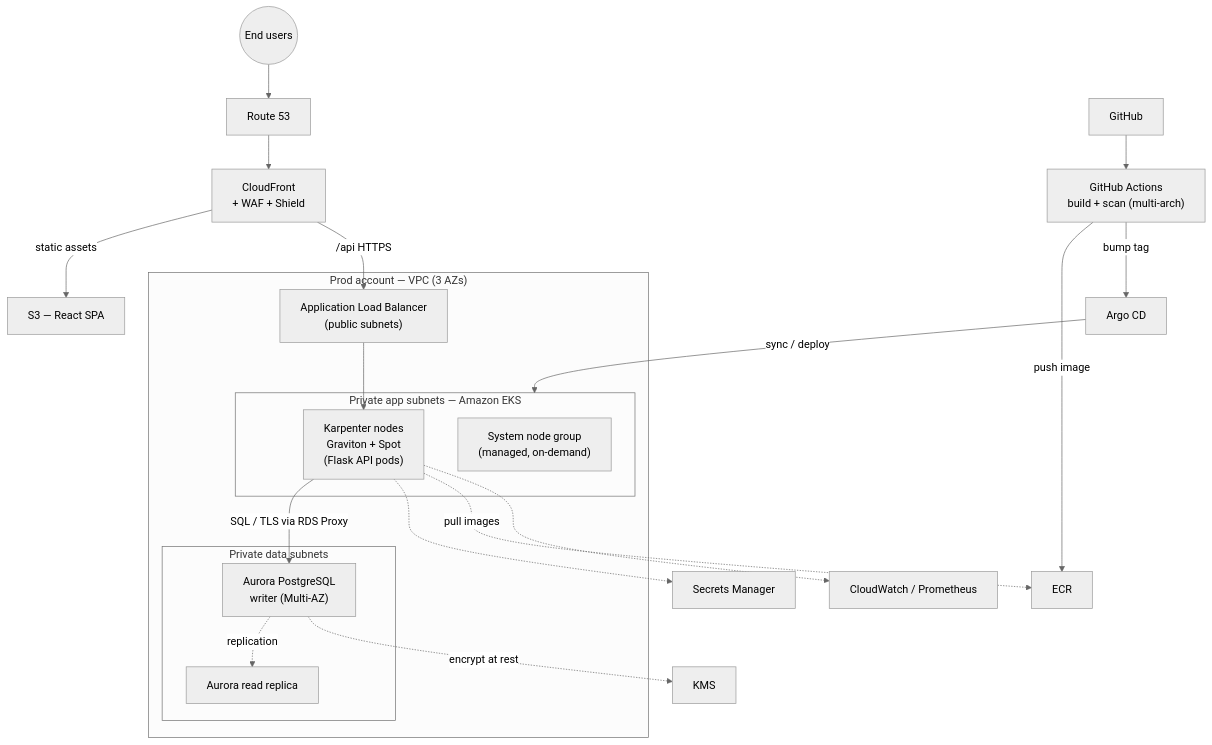
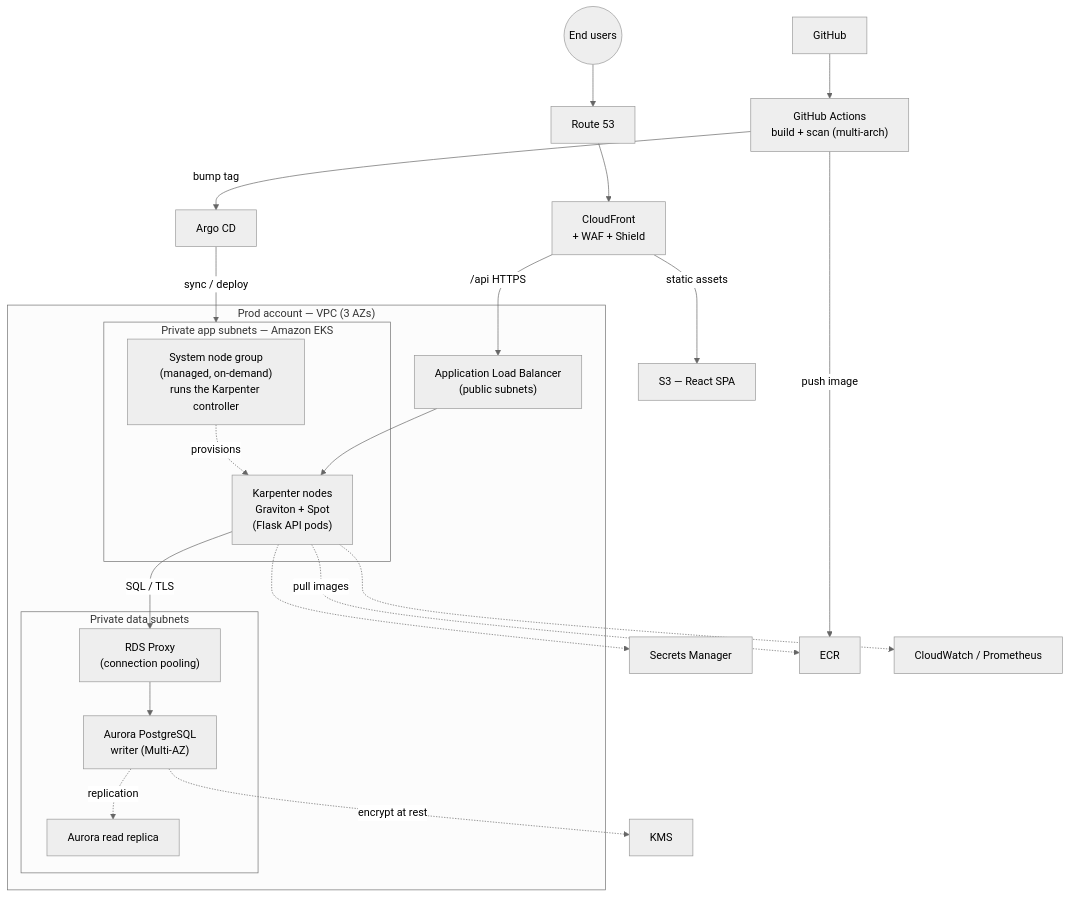
One commit to bmoldo/opsfleet-assignment changed the first of 2 diagrams in architecture/README.md. Above: the diagram before and after it, drawn with Mermaid (neutral theme). The commit also changed other lines of this file and 3 other files, not shown here.

First line of the commit message:
Architecture doc consistency fixes + diagram regeneration

````diff
--- a/architecture/README.md
+++ b/architecture/README.md
@@ -76,32 +78,35 @@
 ```mermaid
 flowchart TB
     users(("End users"))
     users --> r53["Route 53"]
     r53 --> cf["CloudFront<br/>+ WAF + Shield"]
     cf -->|static assets| s3["S3 — React SPA"]
     cf -->|/api HTTPS| alb["Application Load Balancer<br/>(public subnets)"]
 
     subgraph VPC["Prod account — VPC (3 AZs)"]
       subgraph app["Private app subnets — Amazon EKS"]
-        ng["System node group<br/>(managed, on-demand)"]
+        ng["System node group<br/>(managed, on-demand)<br/>runs the Karpenter controller"]
         kp["Karpenter nodes<br/>Graviton + Spot<br/>(Flask API pods)"]
+        ng -.->|provisions| kp
       end
       subgraph data["Private data subnets"]
+        proxy["RDS Proxy<br/>(connection pooling)"]
         aur["Aurora PostgreSQL<br/>writer (Multi-AZ)"]
         aurr["Aurora read replica"]
       end
       alb --> kp
-      kp -->|SQL / TLS via RDS Proxy| aur
+      kp -->|SQL / TLS| proxy
+      proxy --> aur
       aur -.->|replication| aurr
     end
 
     kp -.-> sm["Secrets Manager"]
     kp -.->|pull images| ecr["ECR"]
     kp -.-> cw["CloudWatch / Prometheus"]
     aur -.->|encrypt at rest| kms["KMS"]
 
     gh["GitHub"] --> ga["GitHub Actions<br/>build + scan (multi-arch)"]
     ga -->|push image| ecr
     ga -->|bump tag| argo["Argo CD"]
     argo -->|sync / deploy| app
 ```
````
